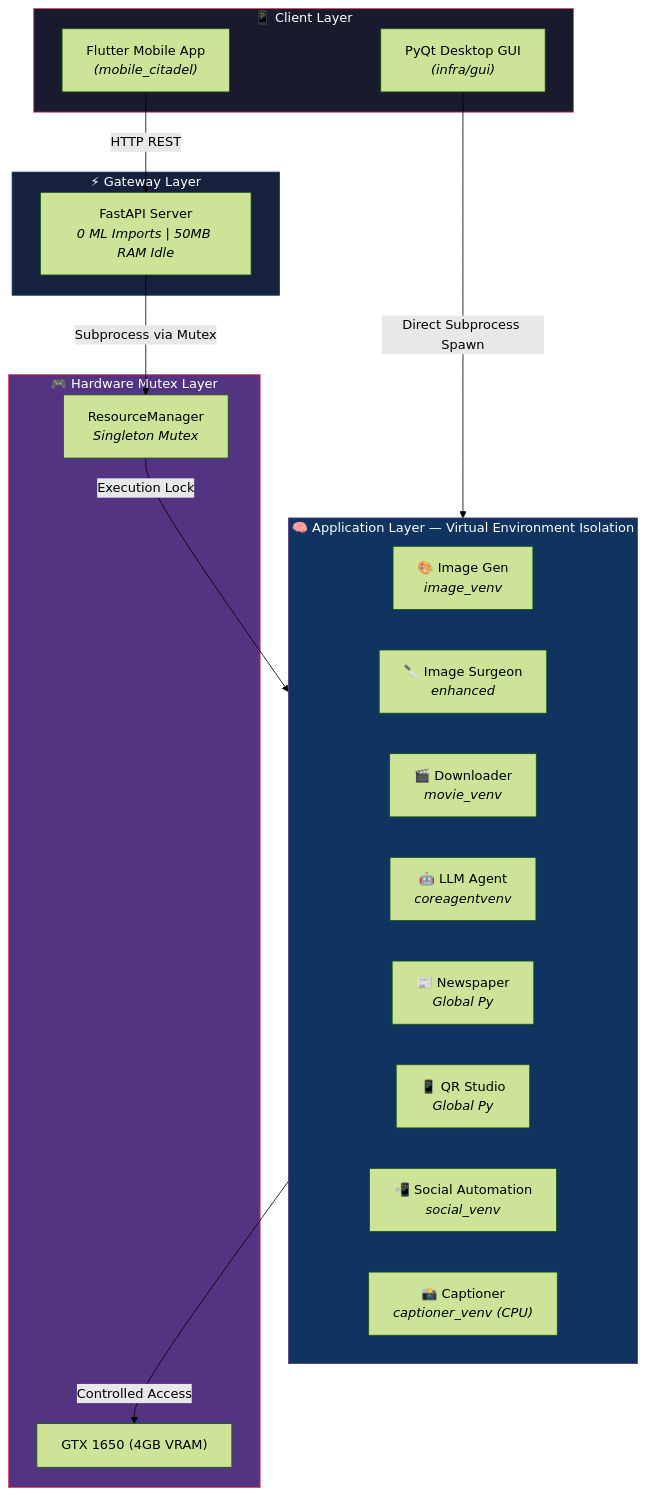
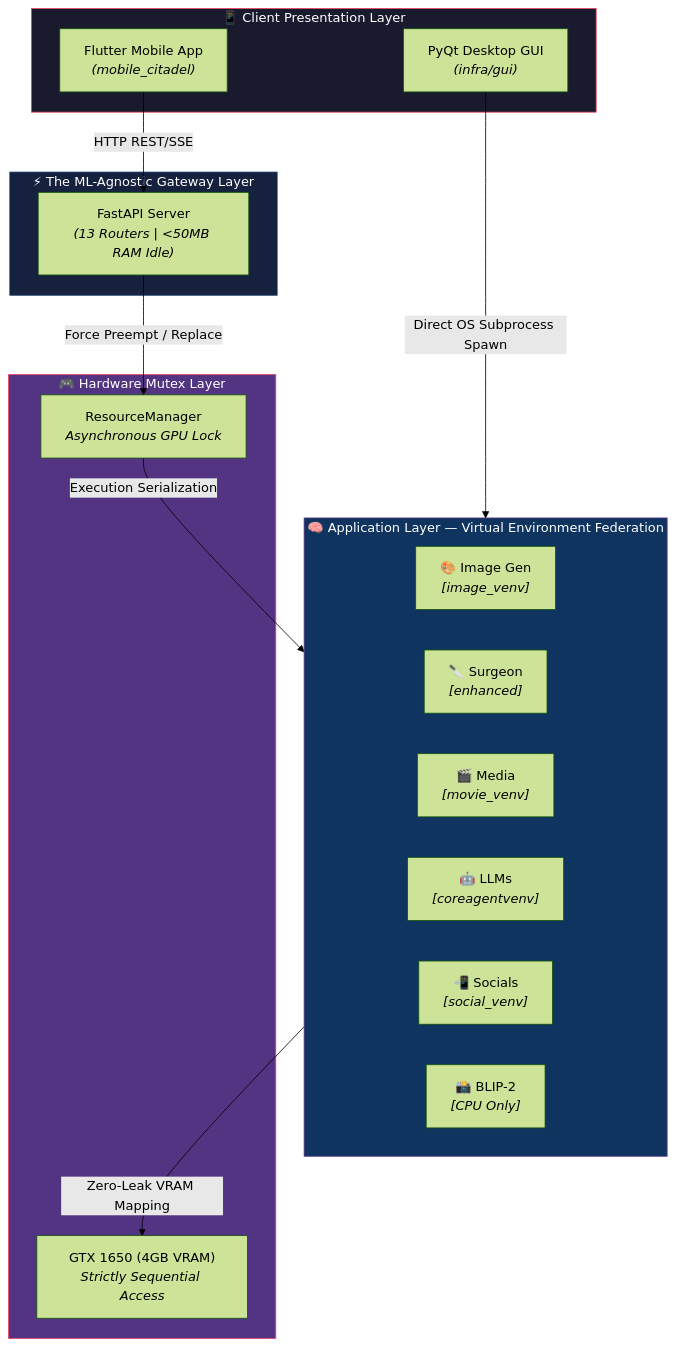
One commit to RajTewari01/neural_citadel changed the diagram in README.md. Above: the diagram before and after it, drawn with Mermaid (forest theme). The commit also changed other lines of this file, not shown here.

````diff
--- a/README.md
+++ b/README.md
@@ -52,39 +30,37 @@
 ```mermaid
 graph TB
-    subgraph Clients ["📱 Client Layer"]
+    subgraph Clients ["📱 Client Presentation Layer"]
         FLUTTER["Flutter Mobile App<br/><i>(mobile_citadel)</i>"]
         PYQT["PyQt Desktop GUI<br/><i>(infra/gui)</i>"]
     end
 
-    subgraph Gateway ["⚡ Gateway Layer"]
-        FASTAPI["FastAPI Server<br/><i>0 ML Imports | 50MB RAM Idle</i>"]
+    subgraph Gateway ["⚡ The ML-Agnostic Gateway Layer"]
+        FASTAPI["FastAPI Server<br/><i>(13 Routers | <50MB RAM Idle)</i>"]
     end
 
-    subgraph Apps ["🧠 Application Layer — Virtual Environment Isolation"]
+    subgraph Apps ["🧠 Application Layer — Virtual Environment Federation"]
         direction LR
-        IMG["🎨 Image Gen<br/><i>image_venv</i>"]
-        SURG["🔪 Image Surgeon<br/><i>enhanced</i>"]
-        MOV["🎬 Downloader<br/><i>movie_venv</i>"]
-        LLM["🤖 LLM Agent<br/><i>coreagentvenv</i>"]
-        NEWS["📰 Newspaper<br/><i>Global Py</i>"]
-        QR["📱 QR Studio<br/><i>Global Py</i>"]
-        SOC["📲 Social Automation<br/><i>social_venv</i>"]
-        CAP["📸 Captioner<br/><i>captioner_venv (CPU)</i>"]
+        IMG["🎨 Image Gen<br/><i>[image_venv]</i>"]
+        SURG["🔪 Surgeon<br/><i>[enhanced]</i>"]
+        MOV["🎬 Media<br/><i>[movie_venv]</i>"]
+        LLM["🤖 LLMs<br/><i>[coreagentvenv]</i>"]
+        SOC["📲 Socials<br/><i>[social_venv]</i>"]
+        CAP["📸 BLIP-2<br/><i>[CPU Only]</i>"]
     end
 
     subgraph Hardware ["🎮 Hardware Mutex Layer"]
-        RM["ResourceManager<br/><i>Singleton Mutex</i>"]
-        GPU["GTX 1650 (4GB VRAM)"]
+        RM["ResourceManager<br/><i>Asynchronous GPU Lock</i>"]
+        GPU["GTX 1650 (4GB VRAM)<br/><i>Strictly Sequential Access</i>"]
     end
 
-    FLUTTER -->|HTTP REST| FASTAPI
-    PYQT -->|Direct Subprocess Spawn| Apps
-    FASTAPI -->|Subprocess via Mutex| RM
-    RM -->|Execution Lock| Apps
-    Apps -->|Controlled Access| GPU
+    FLUTTER -->|HTTP REST/SSE| FASTAPI
+    PYQT -->|Direct OS Subprocess Spawn| Apps
+    FASTAPI -->|Force Preempt / Replace| RM
+    RM -->|Execution Serialization| Apps
+    Apps -->|Zero-Leak VRAM Mapping| GPU
 
     style Clients fill:#1a1a2e,stroke:#e94560,color:#fff
     style Gateway fill:#16213e,stroke:#0f3460,color:#fff
     style Apps fill:#0f3460,stroke:#533483,color:#fff
     style Hardware fill:#533483,stroke:#e94560,color:#fff
 ```
````
